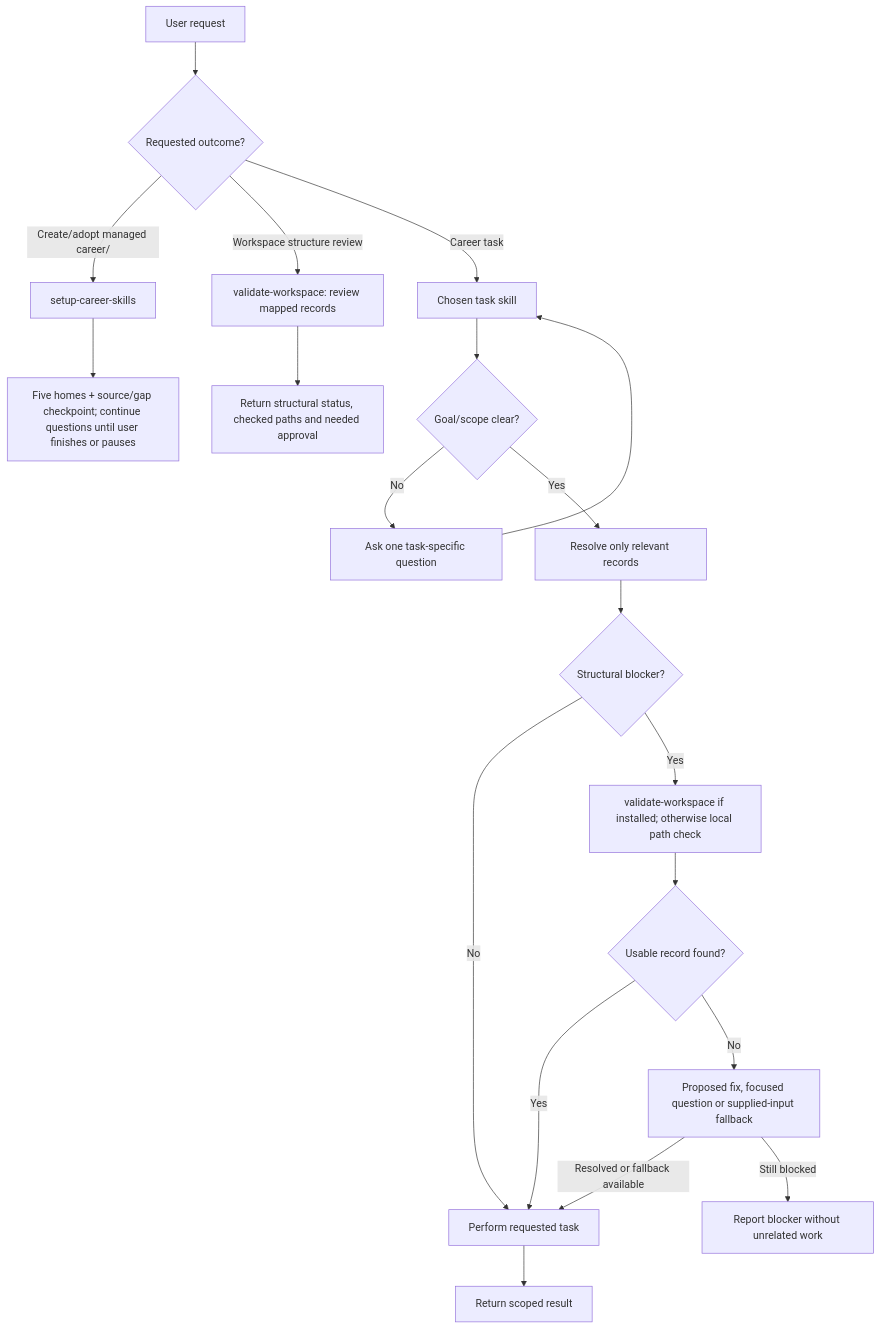
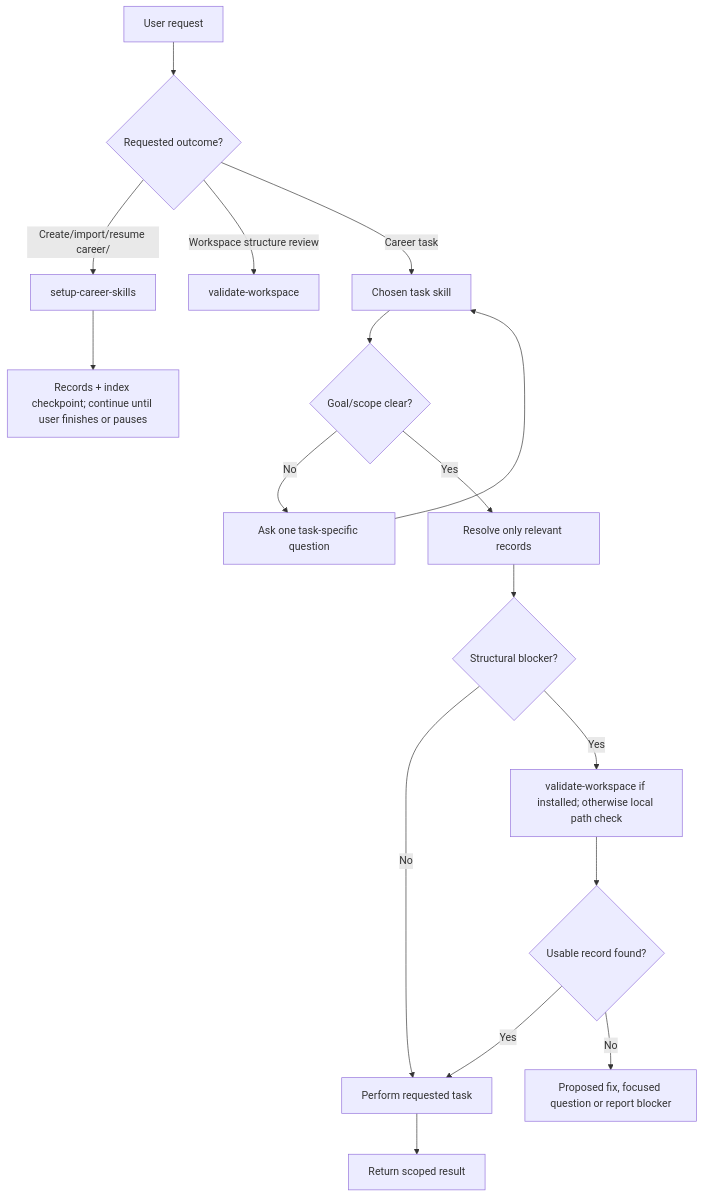
One commit to lfarci/career-skills changed the diagram in docs/ARCHITECTURE.md. Above: the diagram before and after it, drawn with Mermaid. The commit also changed other lines of this file and 15 other files, not shown here.

First line of the commit message:
refactor: simplify to a 14-skill MVP and trim ARCHITECTURE.md

````diff
--- a/docs/ARCHITECTURE.md
+++ b/docs/ARCHITECTURE.md
@@ -13,22 +9,19 @@
 ```mermaid
 flowchart TD
     A["User request"] --> B{"Requested outcome?"}
-    B -->|"Create/adopt managed career/"| S["setup-career-skills"]
-    B -->|"Workspace structure review"| V["validate-workspace: review mapped records"]
+    B -->|"Create/import/resume career/"| S["setup-career-skills"]
+    B -->|"Workspace structure review"| V["validate-workspace"]
     B -->|"Career task"| K["Chosen task skill"]
     K --> G{"Goal/scope clear?"}
     G -->|"No"| Q["Ask one task-specific question"]
     Q --> K
     G -->|"Yes"| R["Resolve only relevant records"]
     R --> C{"Structural blocker?"}
     C -->|"No"| T["Perform requested task"]
     C -->|"Yes"| V2["validate-workspace if installed; otherwise local path check"]
     V2 --> D{"Usable record found?"}
     D -->|"Yes"| T
-    D -->|"No"| F["Proposed fix, focused question or supplied-input fallback"]
-    F -->|"Resolved or fallback available"| T
-    F -->|"Still blocked"| X["Report blocker without unrelated work"]
-    V --> O["Return structural status, checked paths and needed approval"]
-    S --> N["Five homes + source/gap checkpoint; continue questions until user finishes or pauses"]
+    D -->|"No"| X["Proposed fix, focused question or report blocker"]
+    S --> N["Records + index checkpoint; continue until user finishes or pauses"]
     T --> Z["Return scoped result"]
 ```
````
